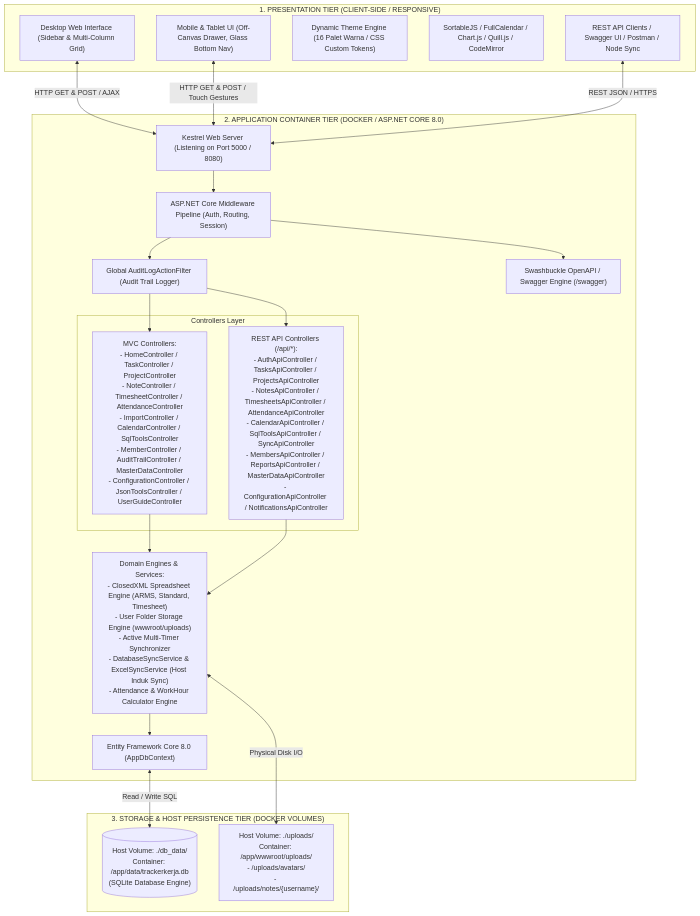
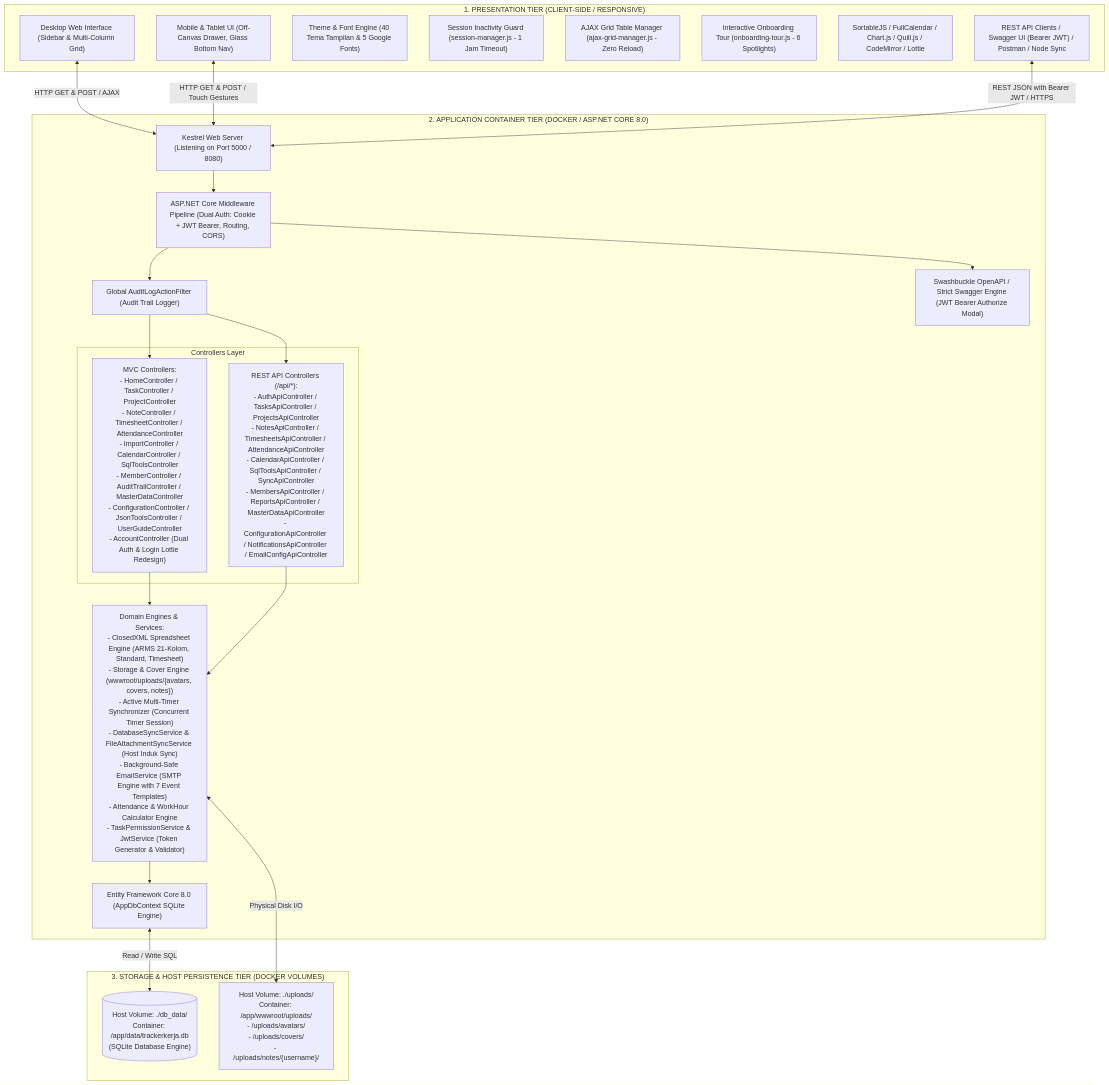
One commit to zhavick/TrackerKerja changed the first of 2 diagrams in FSD_WORK_TRACKER_PRO.md. Above: the diagram before and after it, drawn with Mermaid. The commit also changed other lines of this file and 15 other files, not shown here.

````diff
--- a/FSD_WORK_TRACKER_PRO.md
+++ b/FSD_WORK_TRACKER_PRO.md
@@ -74,44 +76,47 @@
 ```mermaid
 flowchart TB
     subgraph ClientTier["1. PRESENTATION TIER (CLIENT-SIDE / RESPONSIVE)"]
         UI_Desktop["Desktop Web Interface (Sidebar & Multi-Column Grid)"]
         UI_Mobile["Mobile & Tablet UI (Off-Canvas Drawer, Glass Bottom Nav)"]
-        CSS_Engine["Dynamic Theme Engine (16 Palet Warna / CSS Custom Tokens)"]
-        JS_Libs["SortableJS / FullCalendar / Chart.js / Quill.js / CodeMirror"]
-        API_Consumers["REST API Clients / Swagger UI / Postman / Node Sync"]
+        ThemeFont_Engine["Theme & Font Engine (40 Tema Tampilan & 5 Google Fonts)"]
+        Session_Guard["Session Inactivity Guard (session-manager.js - 1 Jam Timeout)"]
+        Grid_Manager["AJAX Grid Table Manager (ajax-grid-manager.js - Zero Reload)"]
+        Tour_Engine["Interactive Onboarding Tour (onboarding-tour.js - 6 Spotlights)"]
+        JS_Libs["SortableJS / FullCalendar / Chart.js / Quill.js / CodeMirror / Lottie"]
+        API_Consumers["REST API Clients / Swagger UI (Bearer JWT) / Postman / Node Sync"]
     end
 
     subgraph ContainerTier["2. APPLICATION CONTAINER TIER (DOCKER / ASP.NET CORE 8.0)"]
         Kestrel["Kestrel Web Server (Listening on Port 5000 / 8080)"]
-        Pipeline["ASP.NET Core Middleware Pipeline (Auth, Routing, Session)"]
+        Pipeline["ASP.NET Core Middleware Pipeline (Dual Auth: Cookie + JWT Bearer, Routing, CORS)"]
         AuditFilter["Global AuditLogActionFilter (Audit Trail Logger)"]
         
         subgraph ControllersGroup["Controllers Layer"]
-            MVC_Controllers["MVC Controllers:\n- HomeController / TaskController / ProjectController\n- NoteController / TimesheetController / AttendanceController\n- ImportController / CalendarController / SqlToolsController\n- MemberController / AuditTrailController / MasterDataController\n- ConfigurationController / JsonToolsController / UserGuideController"]
-            API_Controllers["REST API Controllers (/api/*):\n- AuthApiController / TasksApiController / ProjectsApiController\n- NotesApiController / TimesheetsApiController / AttendanceApiController\n- CalendarApiController / SqlToolsApiController / SyncApiController\n- MembersApiController / ReportsApiController / MasterDataApiController\n- ConfigurationApiController / NotificationsApiController"]
+            MVC_Controllers["MVC Controllers:\n- HomeController / TaskController / ProjectController\n- NoteController / TimesheetController / AttendanceController\n- ImportController / CalendarController / SqlToolsController\n- MemberController / AuditTrailController / MasterDataController\n- ConfigurationController / JsonToolsController / UserGuideController\n- AccountController (Dual Auth & Login Lottie Redesign)"]
+            API_Controllers["REST API Controllers (/api/*):\n- AuthApiController / TasksApiController / ProjectsApiController\n- NotesApiController / TimesheetsApiController / AttendanceApiController\n- CalendarApiController / SqlToolsApiController / SyncApiController\n- MembersApiController / ReportsApiController / MasterDataApiController\n- ConfigurationApiController / NotificationsApiController / EmailConfigApiController"]
         end
 
-        SwaggerEngine["Swashbuckle OpenAPI / Swagger Engine (/swagger)"]
-        Services["Domain Engines & Services:\n- ClosedXML Spreadsheet Engine (ARMS, Standard, Timesheet)\n- User Folder Storage Engine (wwwroot/uploads)\n- Active Multi-Timer Synchronizer\n- DatabaseSyncService & ExcelSyncService (Host Induk Sync)\n- Attendance & WorkHour Calculator Engine"]
-        EFCore["Entity Framework Core 8.0 (AppDbContext)"]
+        SwaggerEngine["Swashbuckle OpenAPI / Strict Swagger Engine (JWT Bearer Authorize Modal)"]
+        Services["Domain Engines & Services:\n- ClosedXML Spreadsheet Engine (ARMS 21-Kolom, Standard, Timesheet)\n- Storage & Cover Engine (wwwroot/uploads/{avatars, covers, notes})\n- Active Multi-Timer Synchronizer (Concurrent Timer Session)\n- DatabaseSyncService & FileAttachmentSyncService (Host Induk Sync)\n- Background-Safe EmailService (SMTP Engine with 7 Event Templates)\n- Attendance & WorkHour Calculator Engine\n- TaskPermissionService & JwtService (Token Generator & Validator)"]
+        EFCore["Entity Framework Core 8.0 (AppDbContext SQLite Engine)"]
     end
 
     subgraph HostPersistence["3. STORAGE & HOST PERSISTENCE TIER (DOCKER VOLUMES)"]
         DB_Volume[("Host Volume: ./db_data/\nContainer: /app/data/trackerkerja.db\n(SQLite Database Engine)")]
-        Upload_Volume["Host Volume: ./uploads/\nContainer: /app/wwwroot/uploads/\n- /uploads/avatars/\n- /uploads/notes/{username}/"]
+        Upload_Volume["Host Volume: ./uploads/\nContainer: /app/wwwroot/uploads/\n- /uploads/avatars/\n- /uploads/covers/\n- /uploads/notes/{username}/"]
     end
 
     UI_Desktop <--> |HTTP GET & POST / AJAX| Kestrel
     UI_Mobile <--> |HTTP GET & POST / Touch Gestures| Kestrel
-    API_Consumers <--> |REST JSON / HTTPS| Kestrel
+    API_Consumers <--> |REST JSON with Bearer JWT / HTTPS| Kestrel
 
     Kestrel --> Pipeline
     Pipeline --> AuditFilter
     AuditFilter --> MVC_Controllers & API_Controllers
     Pipeline --> SwaggerEngine
 
     MVC_Controllers & API_Controllers --> Services
     Services --> EFCore
     EFCore <--> |Read / Write SQL| DB_Volume
     Services <--> |Physical Disk I/O| Upload_Volume
 ```
````
